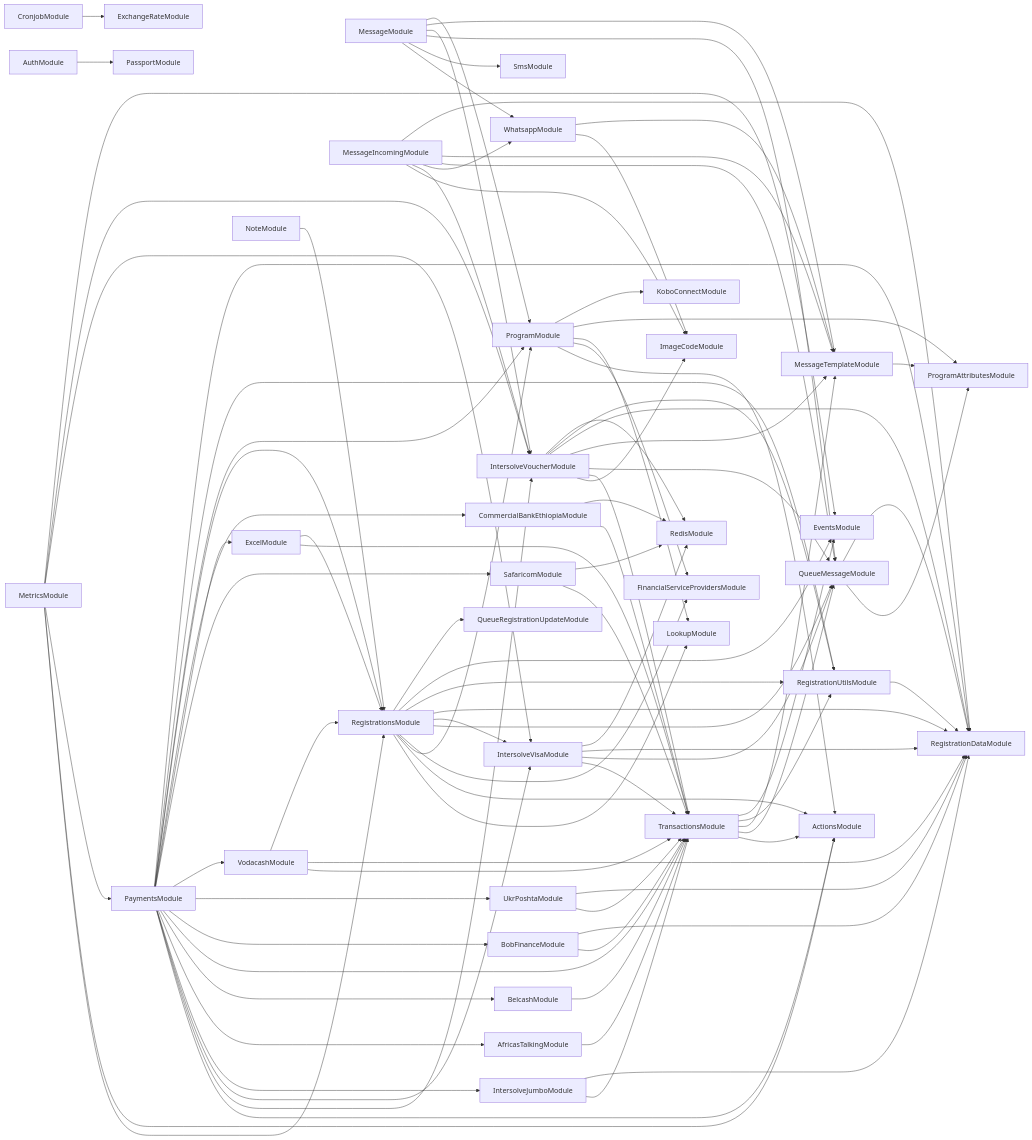
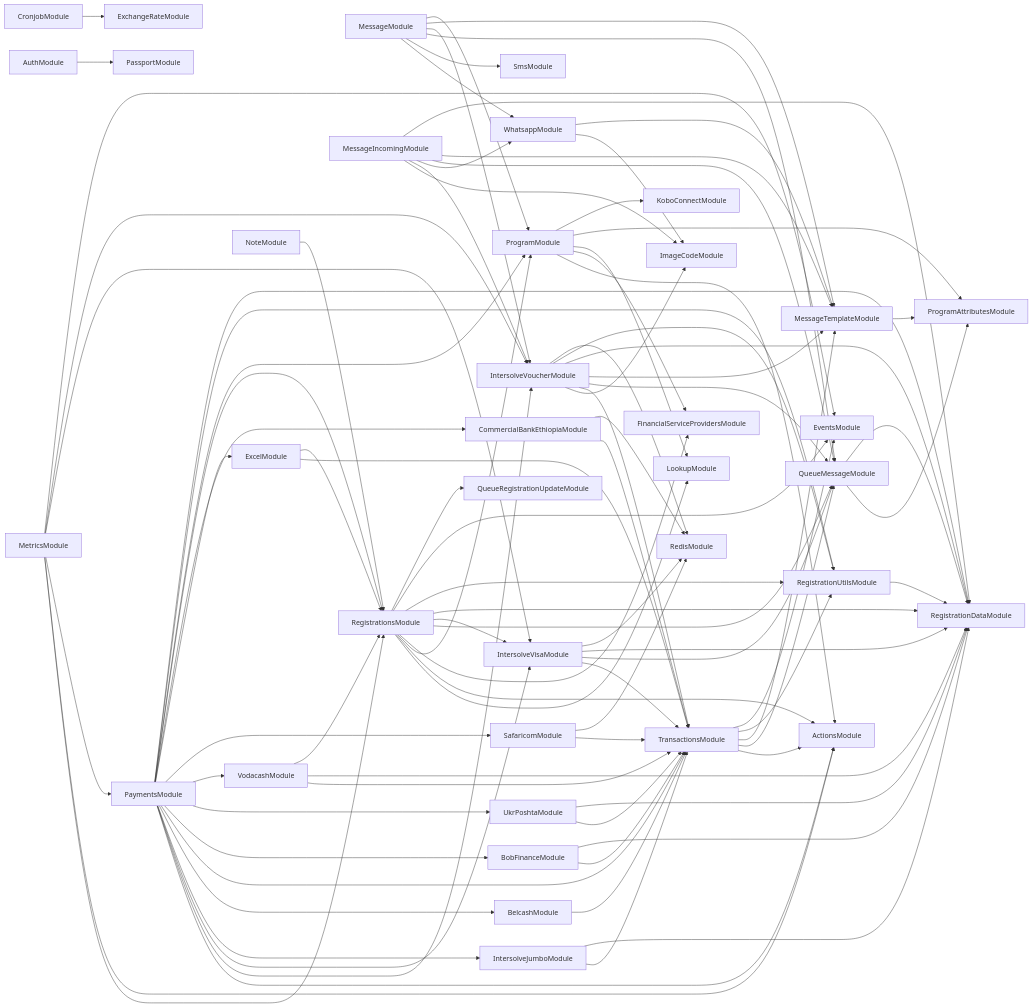
Before and after one commit to global-121/121-platform: the diagram in services/121-service/module-dependencies.md, drawn with Mermaid. The commit also changed 18 other files, not shown here.

```diff
--- a/services/121-service/module-dependencies.md
+++ b/services/121-service/module-dependencies.md
@@ -55,8 +55,6 @@
   PaymentsModule-->IntersolveJumboModule
   IntersolveJumboModule-->TransactionsModule
   IntersolveJumboModule-->RegistrationDataModule
-  PaymentsModule-->AfricasTalkingModule
-  AfricasTalkingModule-->TransactionsModule
   PaymentsModule-->BelcashModule
   BelcashModule-->TransactionsModule
   PaymentsModule-->TransactionsModule
```
